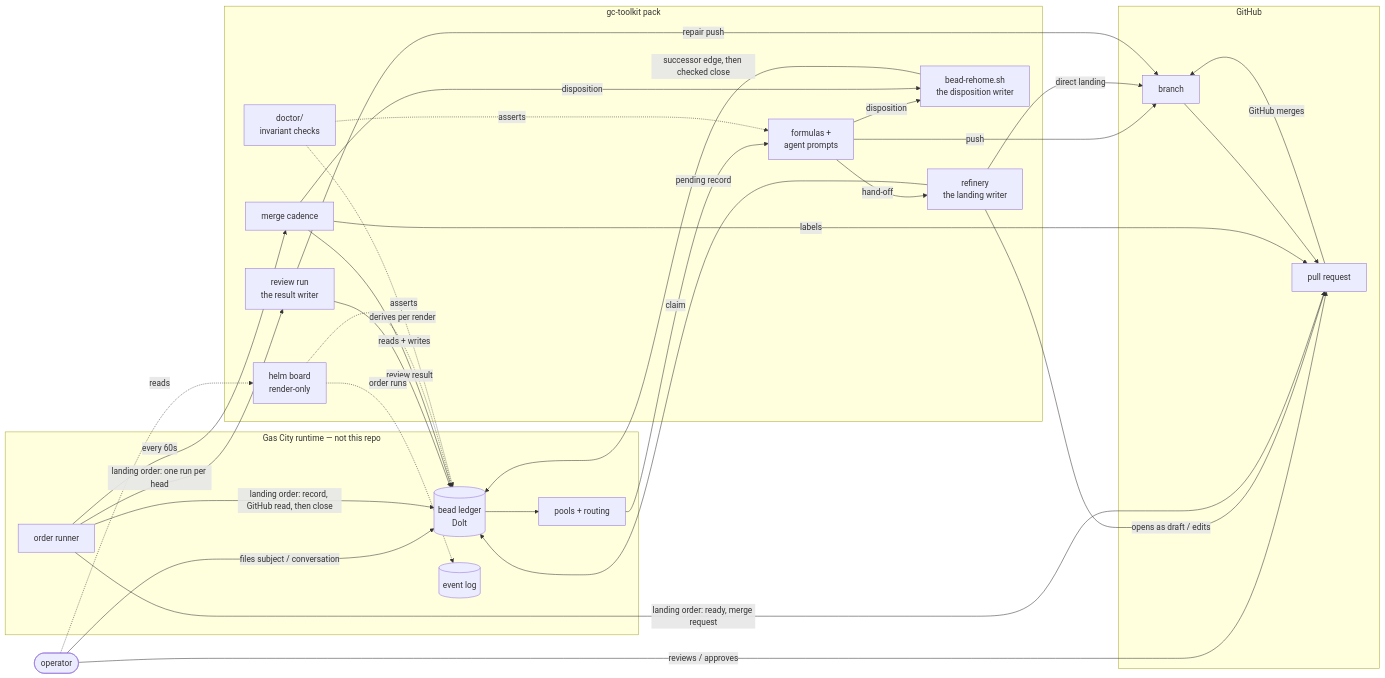
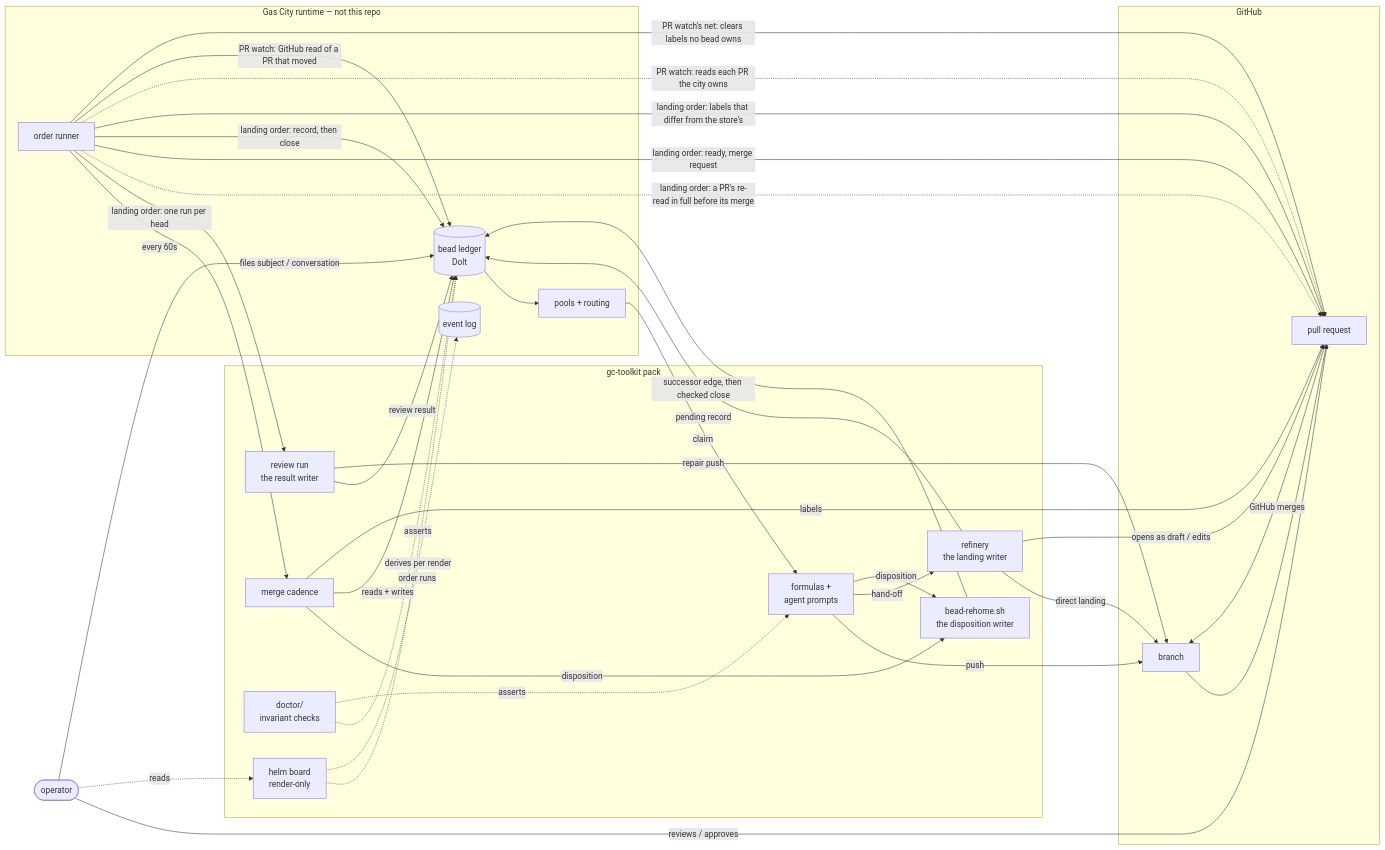
The diagram in docs/architecture.md (zookanalytics/gc-toolkit), drawn with Mermaid before and after one commit. The commit also changed other lines of this file and 104 other files, not shown here.

First line of the commit message:
feat(gctk): ask GitHub which PRs moved and act only on what changed (tk-1tfzr71.149) (#1559)

````diff
--- a/docs/architecture.md
+++ b/docs/architecture.md
@@ -40,51 +40,56 @@
 ```mermaid
 flowchart LR
   OP([operator])
   subgraph city["Gas City runtime — not this repo"]
     LEDGER[(bead ledger<br/>Dolt)]
     EVT[(event log)]
     POOL[pools + routing]
     ORD[order runner]
   end
   subgraph pack["gc-toolkit pack"]
     FORM[formulas +<br/>agent prompts]
     REF[refinery<br/>the landing writer]
     DISP[bead-rehome.sh<br/>the disposition writer]
     CAD[merge cadence]
     RUN[review run<br/>the result writer]
     DOC[doctor/<br/>invariant checks]
     HELM[helm board<br/>render-only]
   end
   subgraph git["GitHub"]
     BR[branch]
     PR[pull request]
   end
 
   OP -->|files subject / conversation| LEDGER
   OP -->|reviews / approves| PR
   OP -.->|reads| HELM
   LEDGER --> POOL
   POOL -->|claim| FORM
   FORM -->|push| BR
   FORM -->|hand-off| REF
   REF -->|direct landing| BR
   REF -->|opens as draft / edits| PR
   REF -->|pending record| LEDGER
   FORM -->|disposition| DISP
   CAD -->|disposition| DISP
   DISP -->|successor edge, then checked close| LEDGER
   RUN -->|review result| LEDGER
   RUN -->|repair push| BR
   ORD -->|every 60s| CAD
   ORD -->|landing order: one run per head| RUN
+  ORD -.->|landing order: a PR's re-read in full before its merge| PR
   ORD -->|landing order: ready, merge request| PR
-  ORD -->|landing order: record, GitHub read, then close| LEDGER
+  ORD -->|landing order: record, then close| LEDGER
+  ORD -->|landing order: labels that differ from the store's| PR
+  ORD -.->|PR watch: reads each PR the city owns| PR
+  ORD -->|PR watch: GitHub read of a PR that moved| LEDGER
+  ORD -->|PR watch's net: clears labels no bead owns| PR
   CAD -->|reads + writes| LEDGER
   CAD -->|labels| PR
   BR --> PR
   PR -->|GitHub merges| BR
   HELM -.->|derives per render| LEDGER
   HELM -.->|order runs| EVT
   DOC -.->|asserts| LEDGER
   DOC -.->|asserts| FORM
 ```
````
